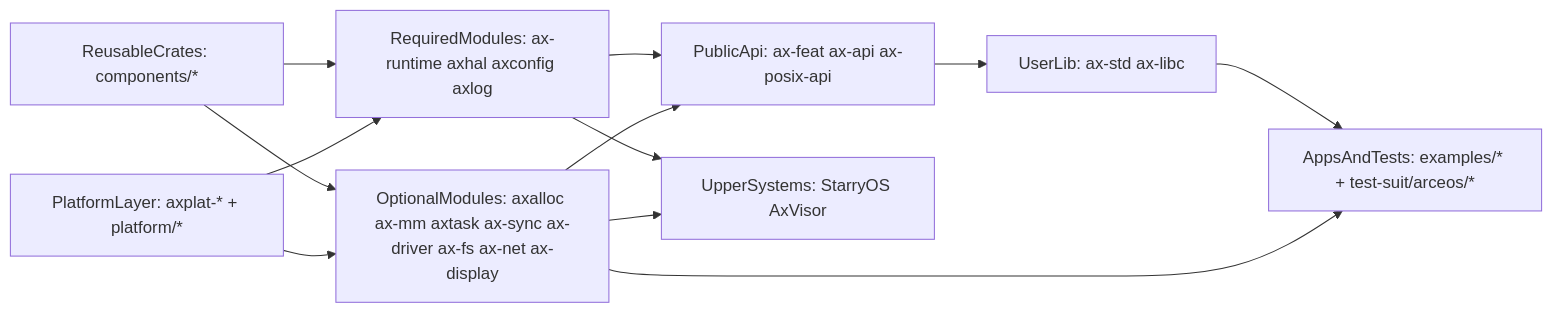
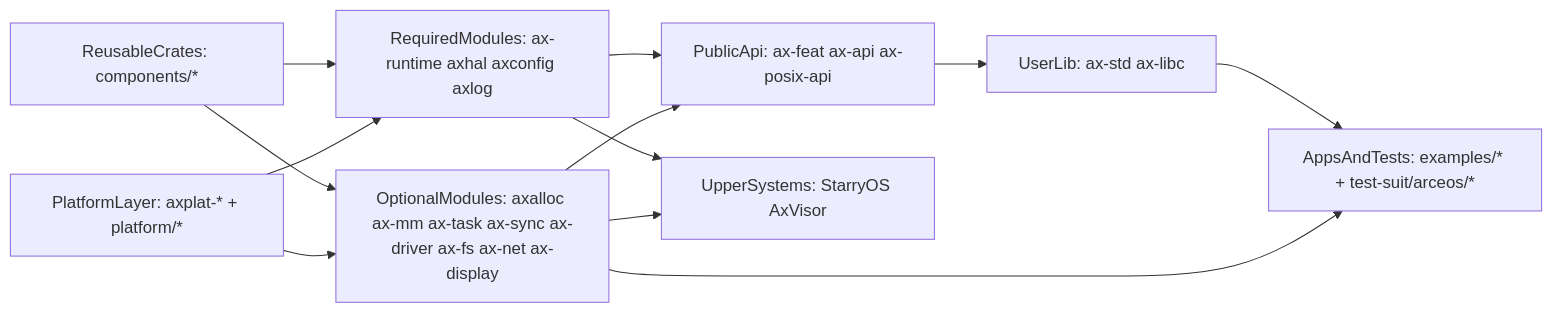
Before and after one commit to zKurisu/tgoskits: the first of 5 diagrams in docs/arceos-internals.md, drawn with Mermaid. The commit also changed other lines of this file and 133 other files, not shown here.

Commit message:
rename axtask to ax-task

````diff
--- a/docs/arceos-internals.md
+++ b/docs/arceos-internals.md
@@ -36,23 +36,23 @@
 ```mermaid
 flowchart LR
     reusableCrates["ReusableCrates: components/*"]
     platformLayer["PlatformLayer: axplat-* + platform/*"]
     requiredModules["RequiredModules: ax-runtime axhal axconfig axlog"]
-    optionalModules["OptionalModules: axalloc ax-mm axtask ax-sync ax-driver ax-fs ax-net ax-display"]
+    optionalModules["OptionalModules: axalloc ax-mm ax-task ax-sync ax-driver ax-fs ax-net ax-display"]
     publicApi["PublicApi: ax-feat ax-api ax-posix-api"]
     userLib["UserLib: ax-std ax-libc"]
     appsAndTests["AppsAndTests: examples/* + test-suit/arceos/*"]
     upperSystems["UpperSystems: StarryOS AxVisor"]
 
     reusableCrates --> requiredModules
     reusableCrates --> optionalModules
     platformLayer --> requiredModules
     platformLayer --> optionalModules
     requiredModules --> publicApi
     optionalModules --> publicApi
     publicApi --> userLib
     userLib --> appsAndTests
     optionalModules --> appsAndTests
     requiredModules --> upperSystems
     optionalModules --> upperSystems
 ```
````
